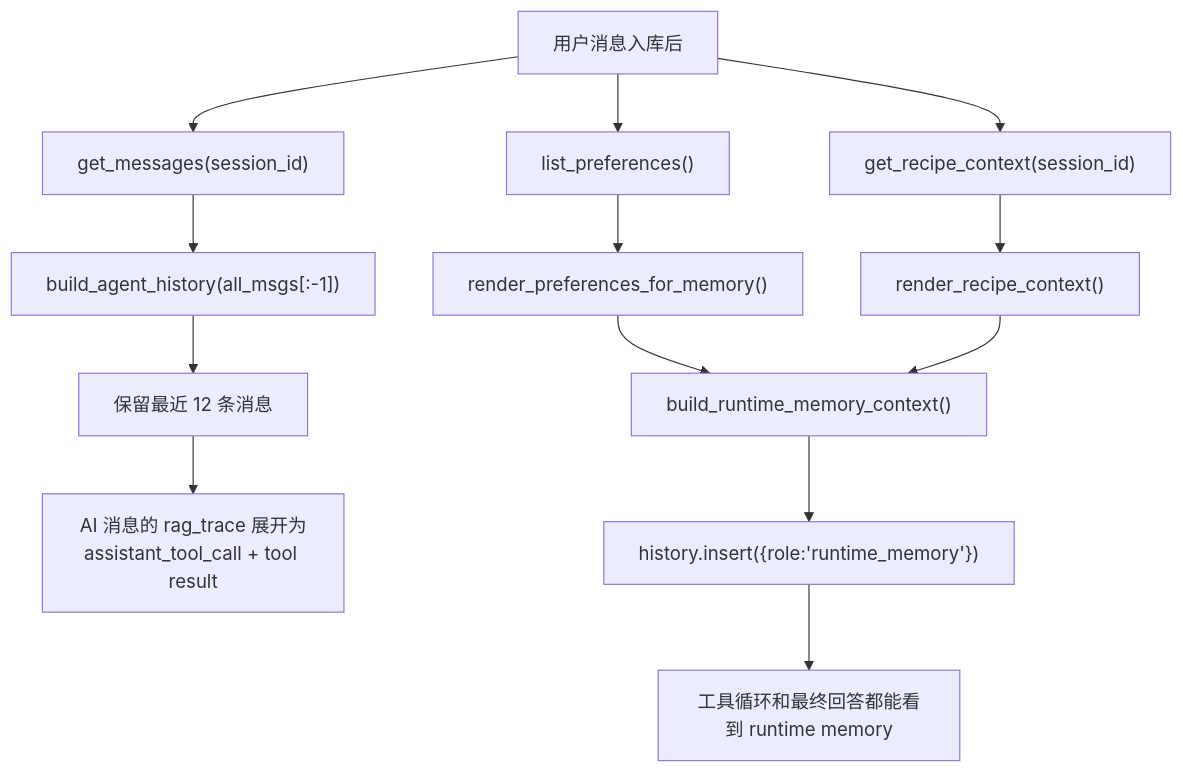
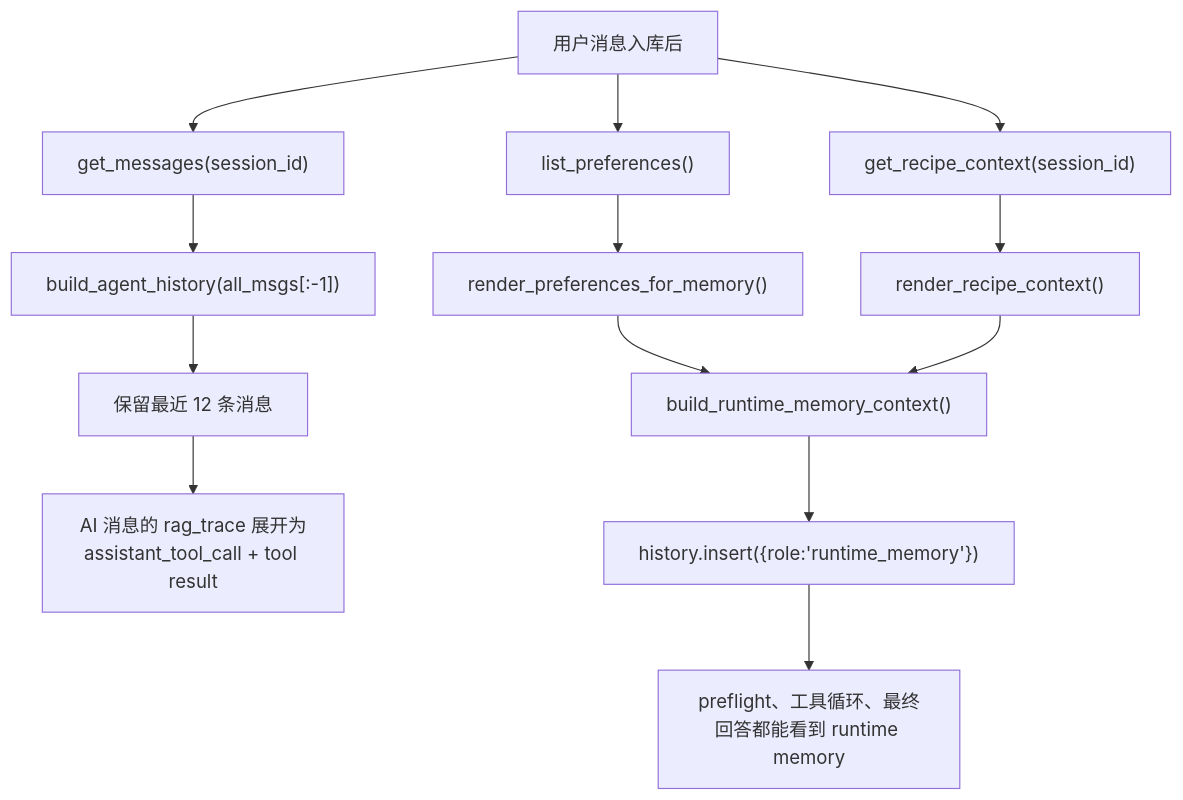
One commit to QDcvd/CookGraph changed the fourth of 7 diagrams in doc/USER_MESSAGE_CALL_CHAIN.md. Above: the diagram before and after it, drawn with Mermaid. The commit also changed other lines of this file and 10 other files, not shown here.

````diff
--- a/doc/USER_MESSAGE_CALL_CHAIN.md
+++ b/doc/USER_MESSAGE_CALL_CHAIN.md
@@ -163,16 +195,16 @@
 ```mermaid
 flowchart TD
     A["用户消息入库后"] --> B["get_messages(session_id)"]
     B --> C["build_agent_history(all_msgs[:-1])"]
     C --> D["保留最近 12 条消息"]
     D --> E["AI 消息的 rag_trace 展开为<br/>assistant_tool_call + tool result"]
 
     A --> F["list_preferences()"]
     A --> G["get_recipe_context(session_id)"]
     F --> H["render_preferences_for_memory()"]
     G --> I["render_recipe_context()"]
     H --> J["build_runtime_memory_context()"]
     I --> J
     J --> K["history.insert({role:'runtime_memory'})"]
-    K --> L["工具循环和最终回答都能看到 runtime memory"]
+    K --> L["preflight、工具循环、最终回答都能看到 runtime memory"]
 ```
````
